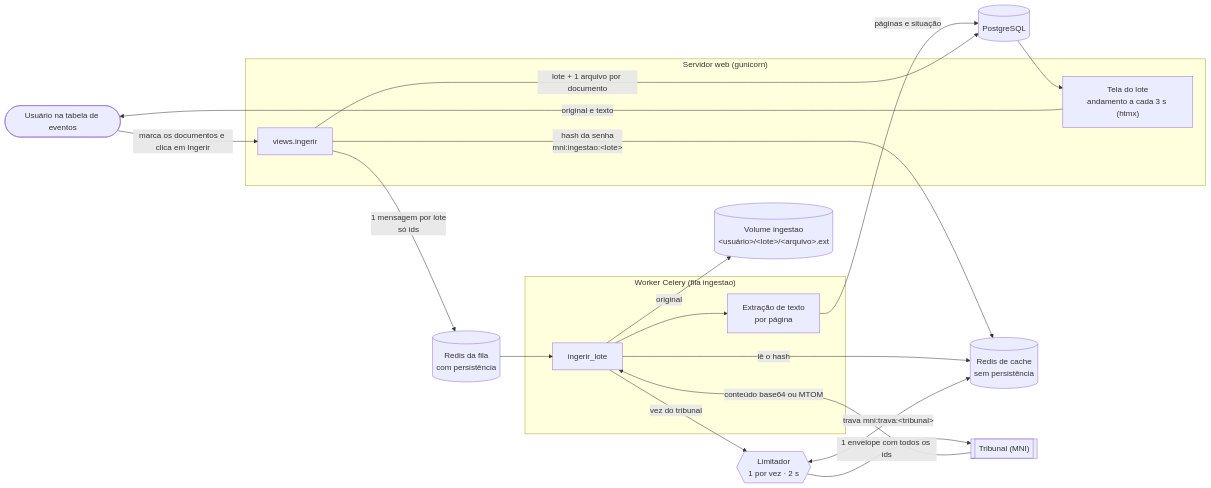
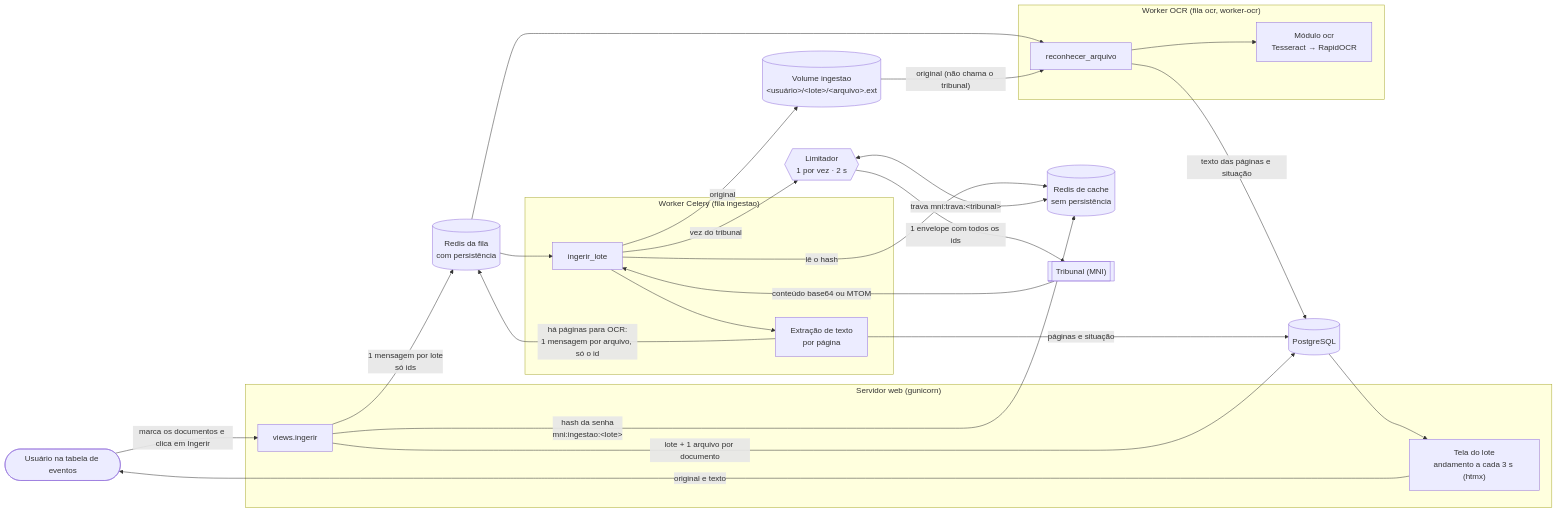
Before and after one commit to PauloTorresApps/EloJudicial: the first of 6 diagrams in ingestao/docs/fluxo-da-ingestao.md, drawn with Mermaid. The commit also changed other lines of this file, not shown here.

Commit message:
docs: fila ocr e situação reconhecendo no fluxo da ingestão

````diff
--- a/ingestao/docs/fluxo-da-ingestao.md
+++ b/ingestao/docs/fluxo-da-ingestao.md
@@ -12,31 +12,42 @@
 ```mermaid
 flowchart LR
     U(["Usuário na tabela de eventos"]) -->|"marca os documentos e clica em Ingerir"| V["views.ingerir"]
 
     subgraph WEB["Servidor web (gunicorn)"]
         V
         TL["Tela do lote<br/>andamento a cada 3 s (htmx)"]
     end
 
     V -->|"lote + 1 arquivo por documento"| PG[("PostgreSQL")]
     V -->|"hash da senha<br/>mni:ingestao:&lt;lote&gt;"| RC[("Redis de cache<br/>sem persistência")]
     V -->|"1 mensagem por lote<br/>só ids"| RF[("Redis da fila<br/>com persistência")]
 
     subgraph WK["Worker Celery (fila ingestao)"]
         T["ingerir_lote"]
         EX["Extração de texto<br/>por página"]
     end
 
     RF --> T
     T -->|"lê o hash"| RC
     T -->|"vez do tribunal"| LIM{{"Limitador<br/>1 por vez · 2 s"}}
     LIM <-->|"trava mni:trava:&lt;tribunal&gt;"| RC
     LIM -->|"1 envelope com todos os ids"| TRIB[["Tribunal (MNI)"]]
     TRIB -->|"conteúdo base64 ou MTOM"| T
     T -->|"original"| VOL[("Volume ingestao<br/>&lt;usuário&gt;/&lt;lote&gt;/&lt;arquivo&gt;.ext")]
     T --> EX
     EX -->|"páginas e situação"| PG
+    EX -->|"há páginas para OCR:<br/>1 mensagem por arquivo, só o id"| RF
+
+    subgraph WO["Worker OCR (fila ocr, worker-ocr)"]
+        R["reconhecer_arquivo"]
+        MO["Módulo ocr<br/>Tesseract → RapidOCR"]
+    end
+
+    RF --> R
+    VOL -->|"original (não chama o tribunal)"| R
+    R --> MO
+    R -->|"texto das páginas e situação"| PG
 
     PG --> TL
     TL -->|"original e texto"| U
 ```
````
